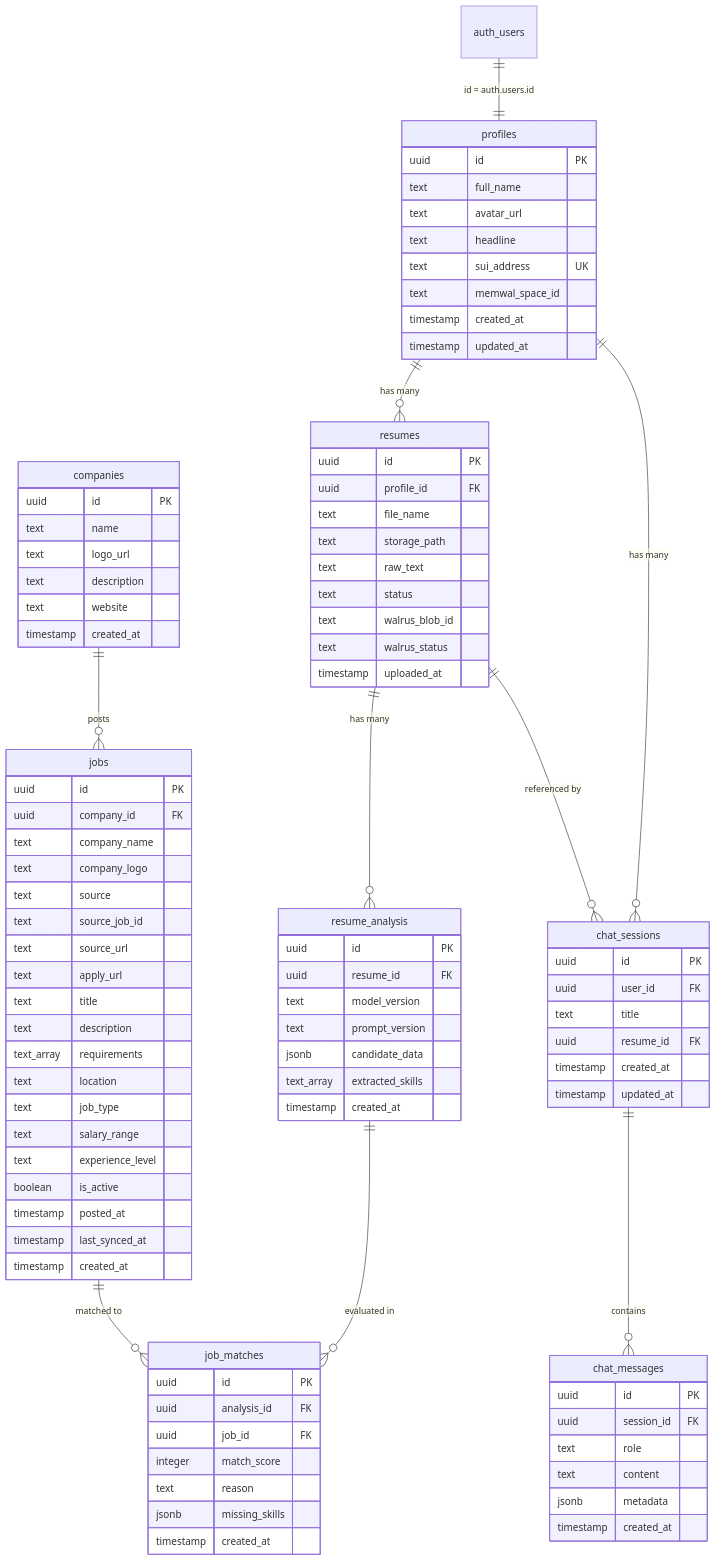
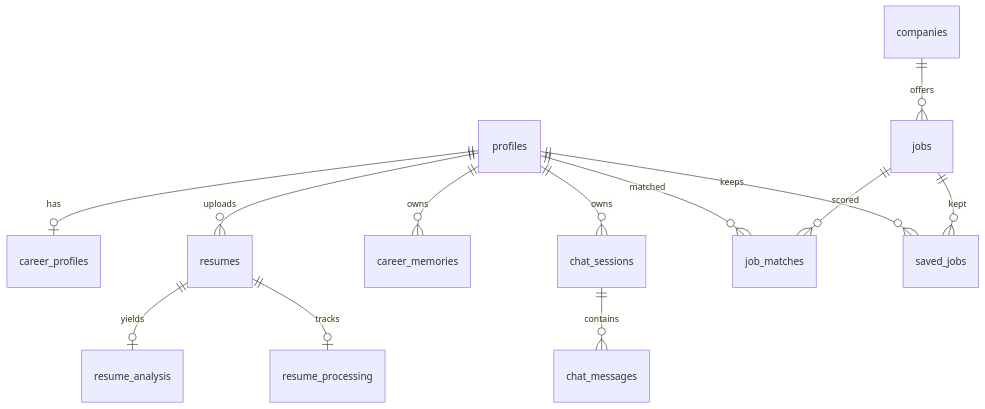
Before and after one commit to DafinCi/Finder: the diagram in docs/database/schema-and-rls.md, drawn with Mermaid. The commit also changed other lines of this file and 49 other files, not shown here.

````diff
--- a/docs/database/schema-and-rls.md
+++ b/docs/database/schema-and-rls.md
@@ -13,104 +30,15 @@
 ```mermaid
 erDiagram
-    auth_users ||--|| profiles : "id = auth.users.id"
-    profiles ||--o{ resumes : "has many"
-    profiles ||--o{ chat_sessions : "has many"
-    resumes ||--o{ resume_analysis : "has many"
-    resumes ||--o{ chat_sessions : "referenced by"
-    companies ||--o{ jobs : "posts"
-    resume_analysis ||--o{ job_matches : "evaluated in"
-    jobs ||--o{ job_matches : "matched to"
-    chat_sessions ||--o{ chat_messages : "contains"
-
-    profiles {
-        uuid id PK
-        text full_name
-        text avatar_url
-        text headline
-        text sui_address UK
-        text memwal_space_id
-        timestamp created_at
-        timestamp updated_at
-    }
-
-    resumes {
-        uuid id PK
-        uuid profile_id FK
-        text file_name
-        text storage_path
-        text raw_text
-        text status
-        text walrus_blob_id
-        text walrus_status
-        timestamp uploaded_at
-    }
-
-    resume_analysis {
-        uuid id PK
-        uuid resume_id FK
-        text model_version
-        text prompt_version
-        jsonb candidate_data
-        text_array extracted_skills
-        timestamp created_at
-    }
-
-    companies {
-        uuid id PK
-        text name
-        text logo_url
-        text description
-        text website
-        timestamp created_at
-    }
-
-    jobs {
-        uuid id PK
-        uuid company_id FK
-        text company_name
-        text company_logo
-        text source
-        text source_job_id
-        text source_url
-        text apply_url
-        text title
-        text description
-        text_array requirements
-        text location
-        text job_type
-        text salary_range
-        text experience_level
-        boolean is_active
-        timestamp posted_at
-        timestamp last_synced_at
-        timestamp created_at
-    }
-
-    job_matches {
-        uuid id PK
-        uuid analysis_id FK
-        uuid job_id FK
-        integer match_score
-        text reason
-        jsonb missing_skills
-        timestamp created_at
-    }
-
-    chat_sessions {
-        uuid id PK
-        uuid user_id FK
-        text title
-        uuid resume_id FK
-        timestamp created_at
-        timestamp updated_at
-    }
-
-    chat_messages {
-        uuid id PK
-        uuid session_id FK
-        text role
-        text content
-        jsonb metadata
-        timestamp created_at
-    }
+  profiles ||--o| career_profiles : has
+  profiles ||--o{ resumes : uploads
+  resumes ||--o| resume_analysis : yields
+  resumes ||--o| resume_processing : tracks
+  profiles ||--o{ career_memories : owns
+  profiles ||--o{ chat_sessions : owns
+  chat_sessions ||--o{ chat_messages : contains
+  companies ||--o{ jobs : offers
+  profiles ||--o{ job_matches : matched
+  jobs ||--o{ job_matches : scored
+  profiles ||--o{ saved_jobs : keeps
+  jobs ||--o{ saved_jobs : kept
 ```
````
